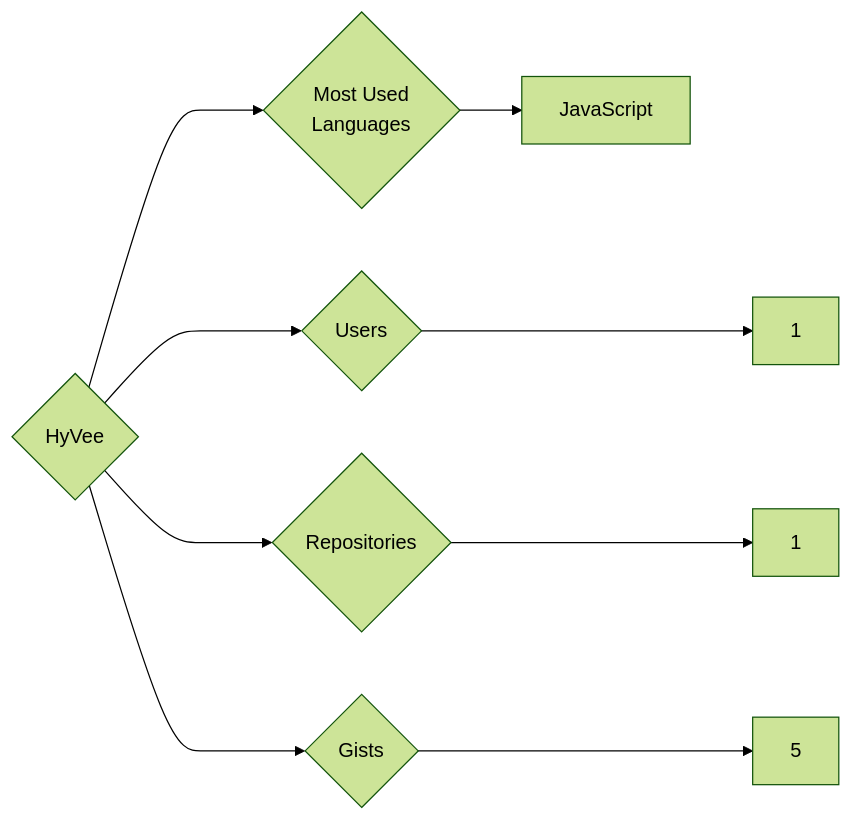
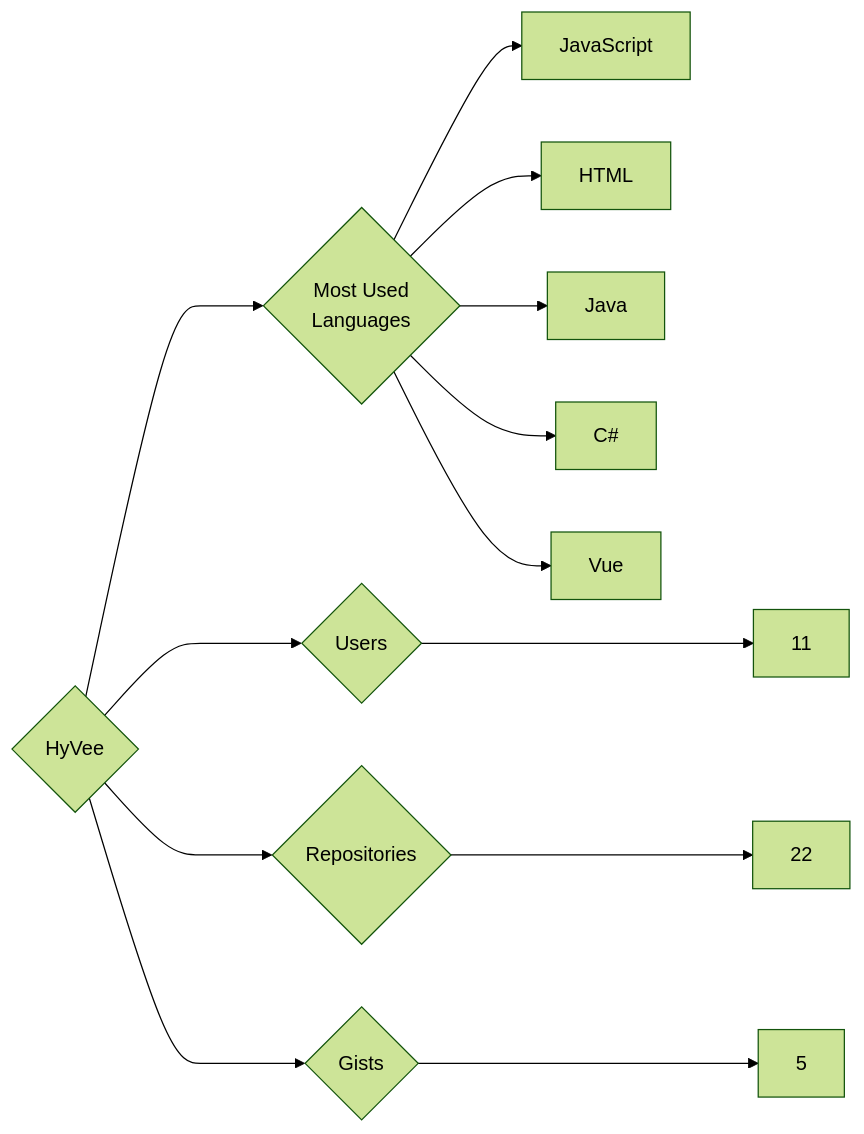
One commit to trickest/insiders changed the diagram in targets/HyVee/README.md. Above: the diagram before and after it, drawn with Mermaid (forest theme). The commit also changed 736 other files, not shown here.

````diff
--- a/targets/HyVee/README.md
+++ b/targets/HyVee/README.md
@@ -3,9 +3,13 @@
 ```mermaid
 graph LR
 COMPANY_NAME{HyVee}
-COMPANY_NAME ---> U{Users} ---> UN[1]
-COMPANY_NAME ---> R{Repositories} ---> RN[1]
+COMPANY_NAME ---> U{Users} ---> UN[11]
+COMPANY_NAME ---> R{Repositories} ---> RN[22]
 COMPANY_NAME ---> G{Gists} ---> GN[5]
 COMPANY_NAME ---> ML{Most Used<br>Languages}
 ML --> JavaScript[JavaScript]
+ML --> HTML[HTML]
+ML --> Java[Java]
+ML --> C#[C#]
+ML --> Vue[Vue]
 ```
````
